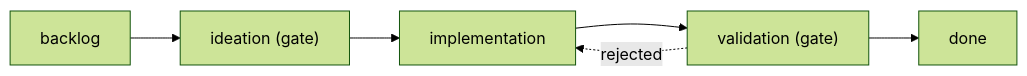
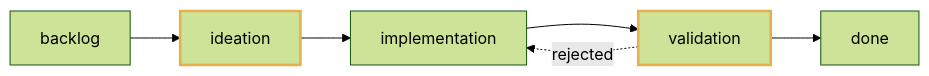
One commit to spacedock-dev/spacedock changed the diagram in docs/site/concepts/stage-lifecycle.md. Above: the diagram before and after it, drawn with Mermaid (forest theme). The commit also changed other lines of this file, not shown here.

Commit message:
docs site: gate stages marked by gold border in the diagram, caption in prose

````diff
--- a/docs/site/concepts/stage-lifecycle.md
+++ b/docs/site/concepts/stage-lifecycle.md
@@ -7,5 +7,7 @@
 ```mermaid
 flowchart LR
-  backlog --> ideation["ideation (gate)"] --> implementation --> validation["validation (gate)"] --> done
+  backlog --> ideation --> implementation --> validation --> done
   validation -. rejected .-> implementation
+  classDef gate stroke:#e3b04b,stroke-width:2.5px
+  class ideation,validation gate
 ```
````
